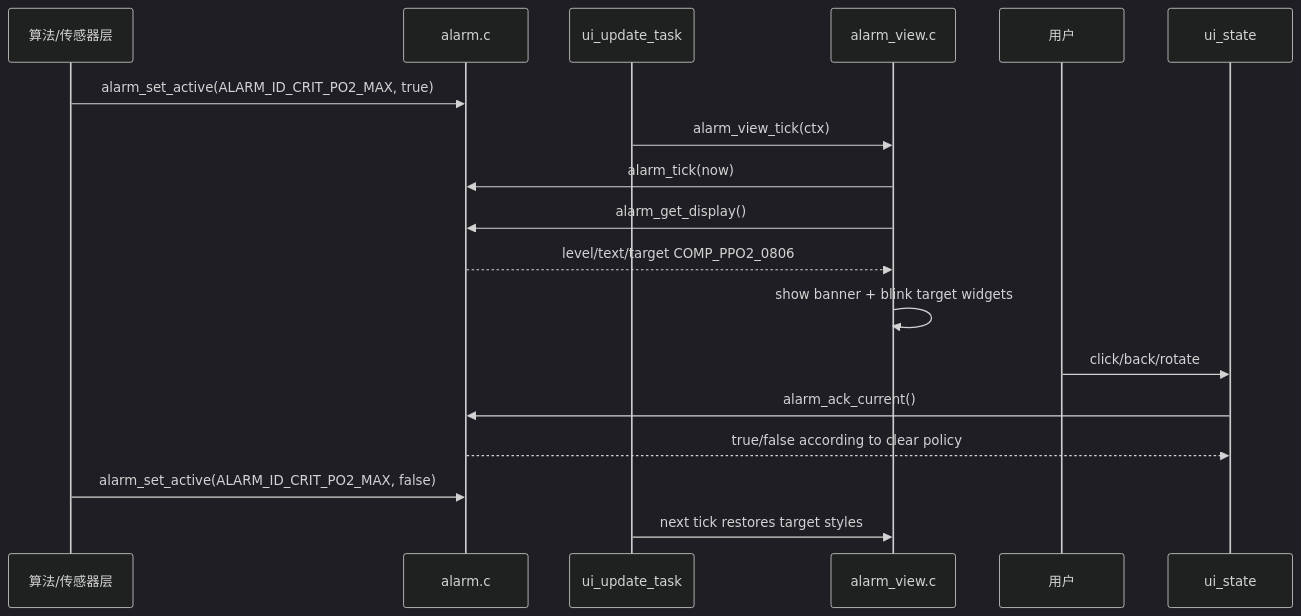
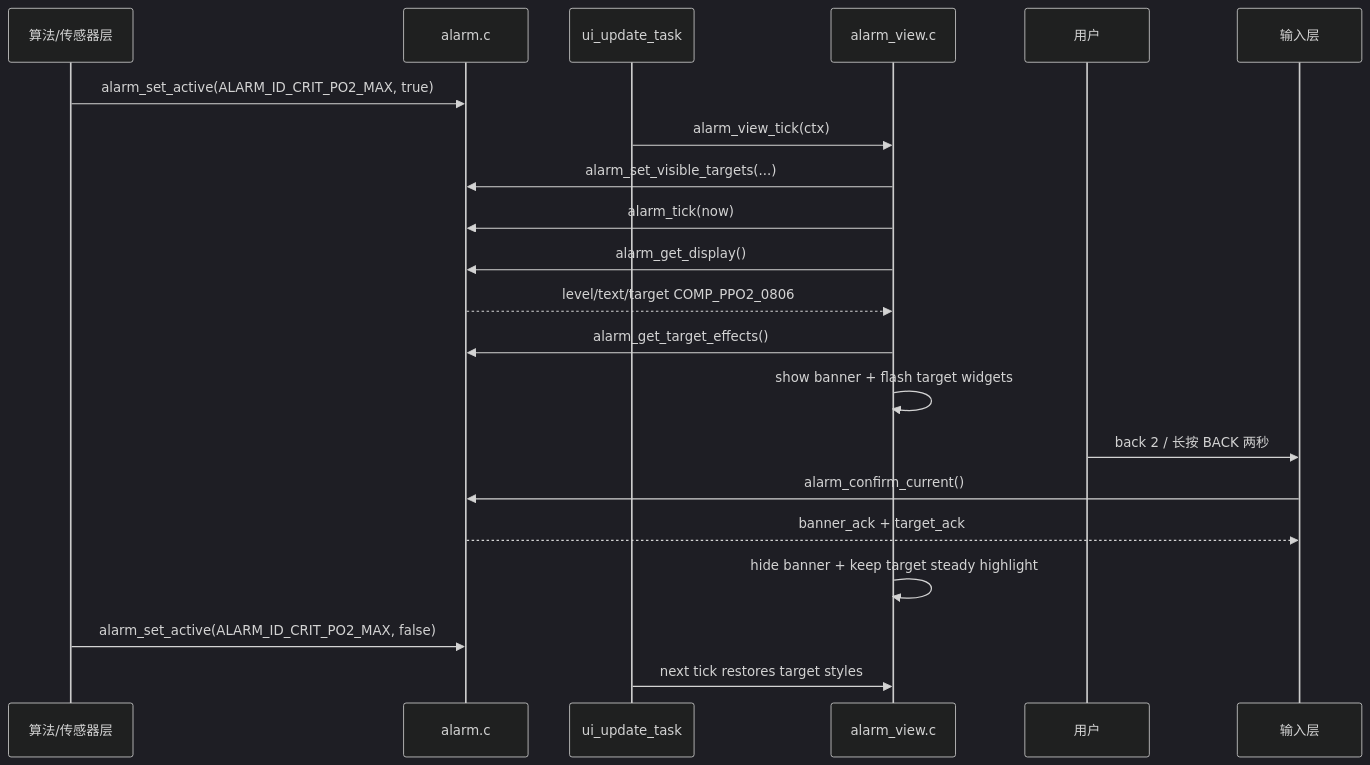
One commit to arexvision/lv_port_win_codeblocks-release-v8.3_hasGroup changed diagram 19 of 19 in UI_html_DOC/CURRENT_ARCHITECTURE_DEEP_DIVE.md. Above: the diagram before and after it, drawn with Mermaid (dark theme). The commit also changed other lines of this file and 11 other files, not shown here.

````diff
--- a/UI_html_DOC/CURRENT_ARCHITECTURE_DEEP_DIVE.md
+++ b/UI_html_DOC/CURRENT_ARCHITECTURE_DEEP_DIVE.md
@@ -623,21 +623,24 @@
 ```mermaid
 sequenceDiagram
     participant Algo as 算法/传感器层
     participant Alarm as alarm.c
     participant Timer as ui_update_task
     participant View as alarm_view.c
     participant User as 用户
-    participant State as ui_state
+    participant Input as 输入层
 
     Algo->>Alarm: alarm_set_active(ALARM_ID_CRIT_PO2_MAX, true)
     Timer->>View: alarm_view_tick(ctx)
+    View->>Alarm: alarm_set_visible_targets(...)
     View->>Alarm: alarm_tick(now)
     View->>Alarm: alarm_get_display()
     Alarm-->>View: level/text/target COMP_PPO2_0806
-    View->>View: show banner + blink target widgets
-    User->>State: click/back/rotate
-    State->>Alarm: alarm_ack_current()
-    Alarm-->>State: true/false according to clear policy
+    View->>Alarm: alarm_get_target_effects()
+    View->>View: show banner + flash target widgets
+    User->>Input: back 2 / 长按 BACK 两秒
+    Input->>Alarm: alarm_confirm_current()
+    Alarm-->>Input: banner_ack + target_ack
+    View->>View: hide banner + keep target steady highlight
     Algo->>Alarm: alarm_set_active(ALARM_ID_CRIT_PO2_MAX, false)
     Timer->>View: next tick restores target styles
 ```
````
